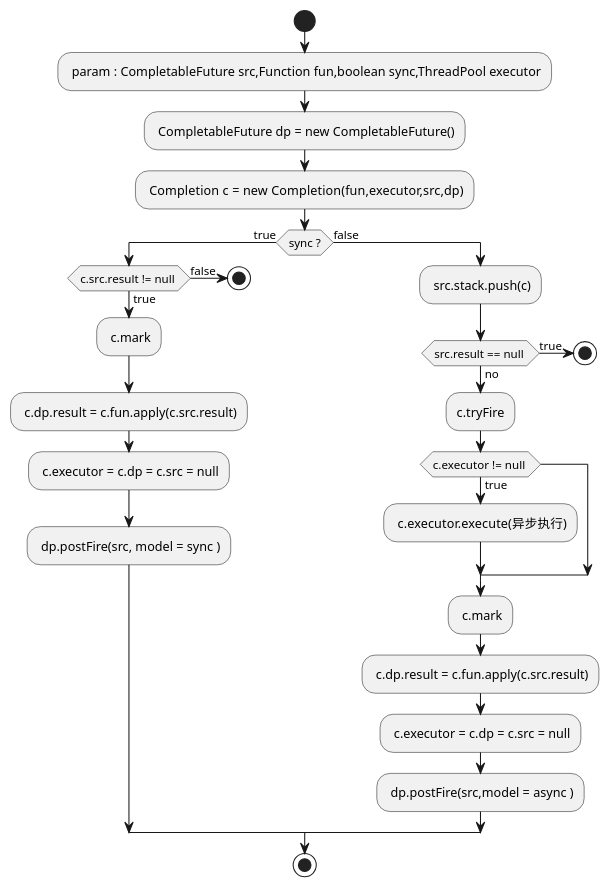
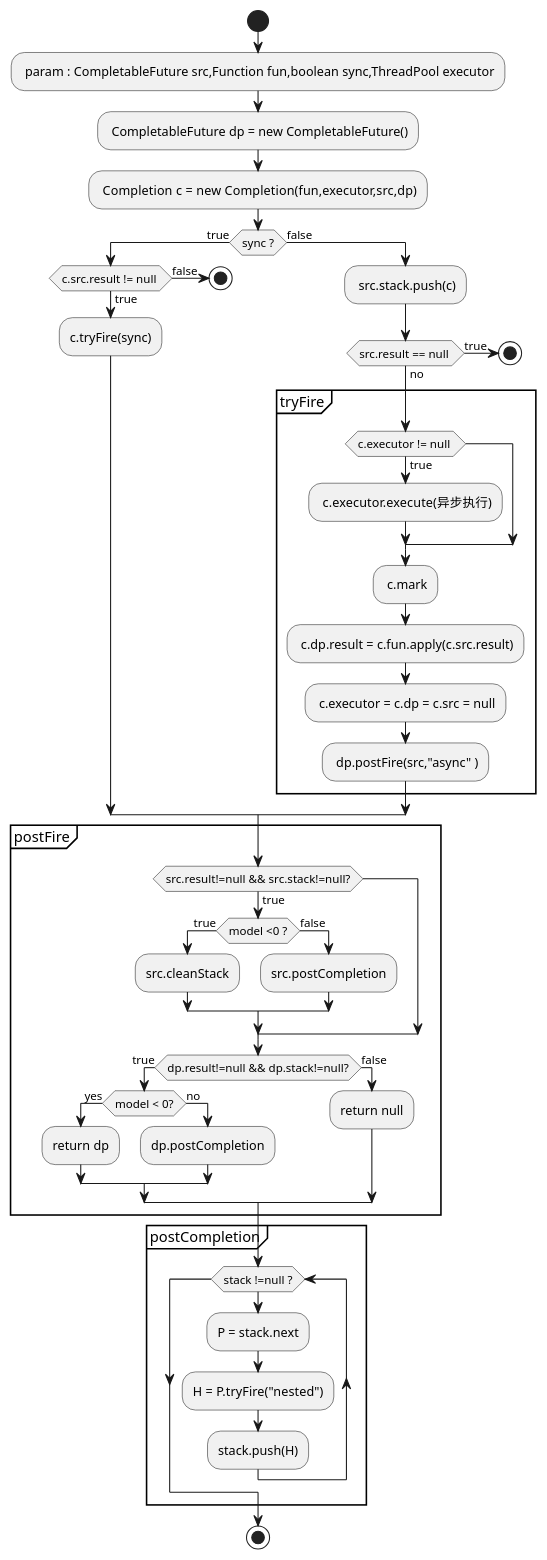
The diagram in src/main/java/com/example/learn/jre/thread/completablefuture/CompletableFutureActivity.puml (dugq/LearningEndless), drawn with PlantUML before and after one commit. The commit also changed 2 other files, not shown here.

```diff
--- a/src/main/java/com/example/learn/jre/thread/completablefuture/CompletableFutureActivity.puml
+++ b/src/main/java/com/example/learn/jre/thread/completablefuture/CompletableFutureActivity.puml
@@ -1,35 +1,57 @@
 @startuml
 'https://plantuml.com/activity-diagram-beta
 skinparam ConditionEndStyle hline
 
 start
 : param : CompletableFuture src,Function fun,boolean sync,ThreadPool executor;
 : CompletableFuture dp = new CompletableFuture();
 : Completion c =  new Completion(fun,executor,src,dp);
 if (sync ?) then(true)
   if (c.src.result != null ) then(true)
-    : c.mark;
-    : c.dp.result = c.fun.apply(c.src.result);
-    : c.executor = c.dp = c.src = null;
-    : dp.postFire(src, model = sync );
+    :c.tryFire(sync);
   else (false)
    stop
   endif
 else (false)
    : src.stack.push(c);
    if (src.result == null ) then(true)
      stop
    else (no)
-      :c.tryFire;
+      partition tryFire{
       if (c.executor != null )  then(true)
        : c.executor.execute(异步执行);
       endif
       : c.mark;
       : c.dp.result = c.fun.apply(c.src.result);
       : c.executor = c.dp = c.src = null;
-      : dp.postFire(src,model = async );
+      : dp.postFire(src,"async" );
+      }
     endif
 endif
-
+partition postFire{
+if (src.result!=null && src.stack!=null?)  then(true)
+  if (model <0 ?) then(true)
+    :src.cleanStack;
+  else (false)
+    :src.postCompletion;
+  endif
+endif
+if (dp.result!=null && dp.stack!=null?)  then(true)
+  if (model < 0?) is (yes) then
+    :return dp;
+  else (no)
+    :dp.postCompletion;
+  endif
+else(false)
+:return null;
+endif
+}
+partition postCompletion{
+while (stack !=null ?)
+  :P = stack.next;
+  :H = P.tryFire("nested");
+  :stack.push(H);
+endwhile
+}
 stop
 @enduml
```
